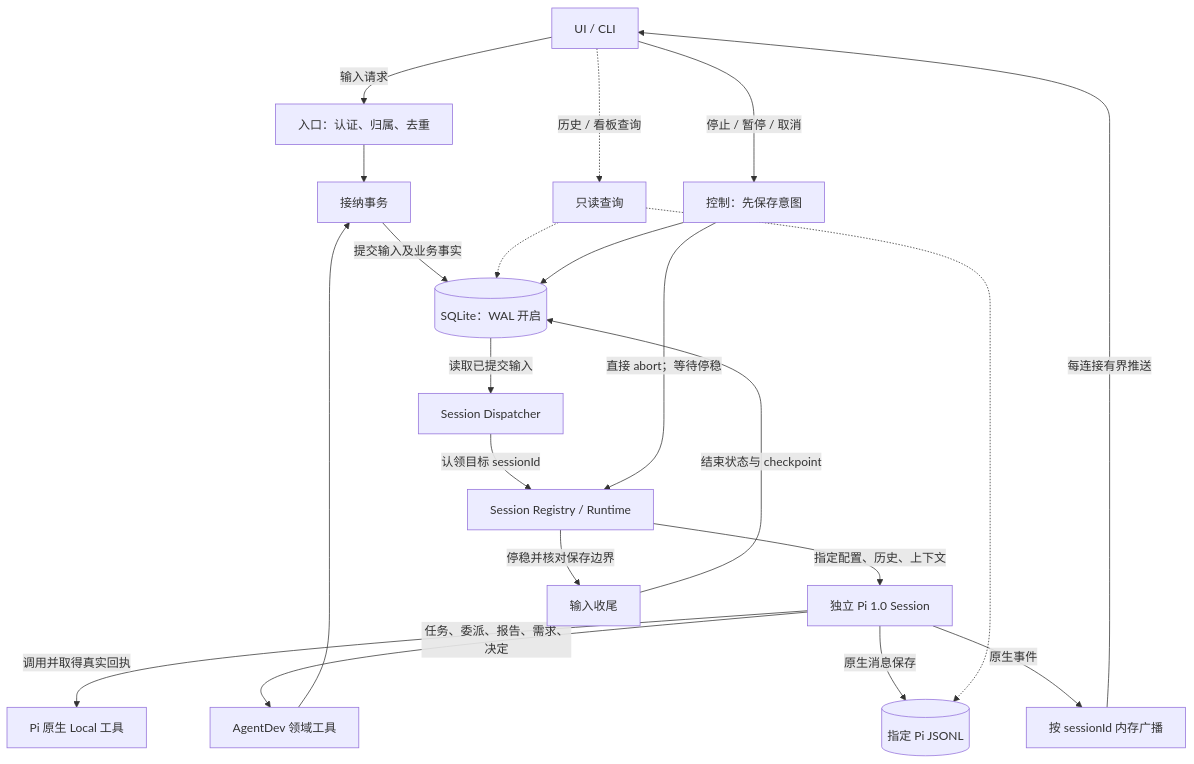
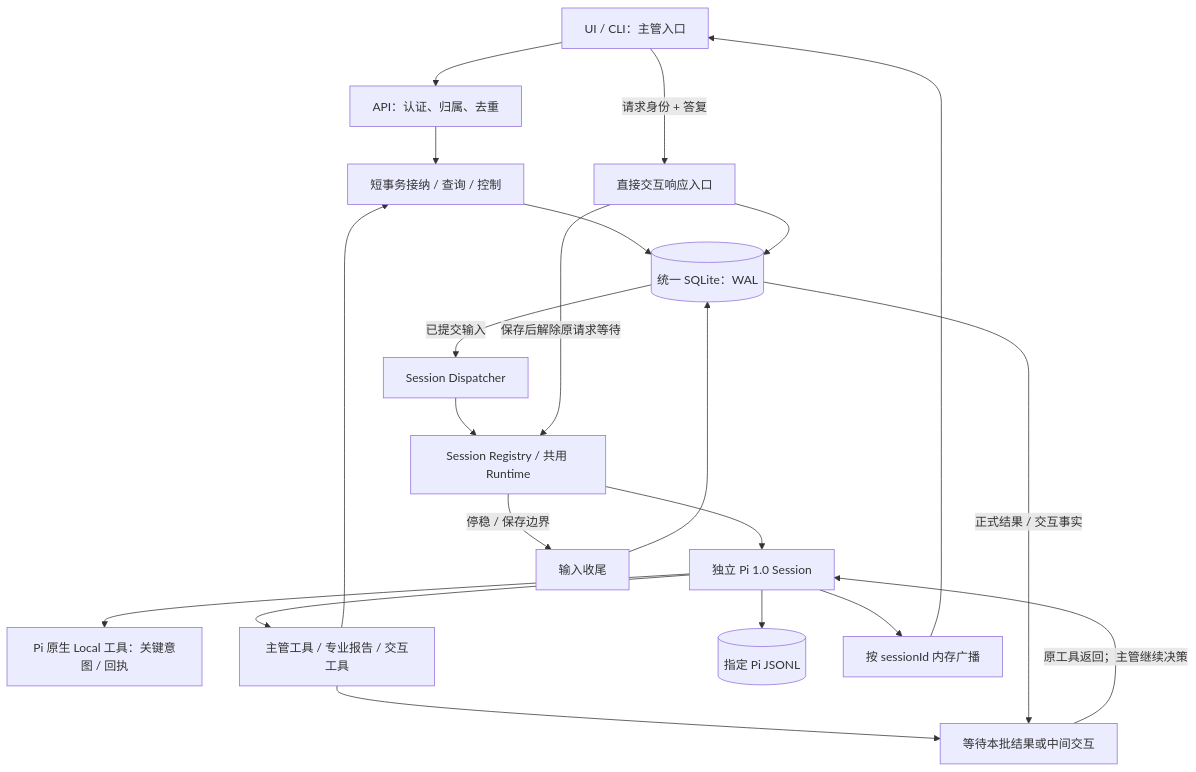
The first of 3 diagrams in docs/technicalnew/architecture.md (mojiaicrypto-ops/Kaiming), drawn with Mermaid before and after one commit. The commit also changed other lines of this file and 26 other files, not shown here.

````diff
--- a/docs/technicalnew/architecture.md
+++ b/docs/technicalnew/architecture.md
@@ -9,23 +9,23 @@
 ```mermaid
 flowchart TB
-  UI[UI / CLI] -->|输入请求| API[入口：认证、归属、去重]
-  API --> ADMIT[接纳事务]
-  ADMIT -->|提交输入及业务事实| DB[(SQLite：WAL 开启)]
-  DB -->|读取已提交输入| DISPATCH[Session Dispatcher]
-  DISPATCH -->|认领目标 sessionId| RUNTIME[Session Registry / Runtime]
-  RUNTIME -->|指定配置、历史、上下文| PI[独立 Pi 1.0 Session]
-  PI -->|调用并取得真实回执| LOCAL[Pi 原生 Local 工具]
-  PI -->|任务、委派、报告、需求、决定| TOOLS[AgentDev 领域工具]
-  TOOLS --> ADMIT
-  PI -->|原生消息保存| HISTORY[(指定 Pi JSONL)]
-  PI -->|原生事件| HUB[按 sessionId 内存广播]
-  HUB -->|每连接有界推送| UI
-  RUNTIME -->|停稳并核对保存边界| FINISH[输入收尾]
-  FINISH -->|结束状态与 checkpoint| DB
-  UI -.->|历史 / 看板查询| READ[只读查询]
-  READ -.-> DB
-  READ -.-> HISTORY
-  UI -->|停止 / 暂停 / 取消| CONTROL[控制：先保存意图]
-  CONTROL --> DB
-  CONTROL -->|直接 abort；等待停稳| RUNTIME
+  UI[UI / CLI：主管入口] --> API[API：认证、归属、去重]
+  API --> STORE[短事务接纳 / 查询 / 控制]
+  STORE --> DB[(统一 SQLite：WAL)]
+  DB -->|已提交输入| DISPATCH[Session Dispatcher]
+  DISPATCH --> RUNTIME[Session Registry / 共用 Runtime]
+  RUNTIME --> PI[独立 Pi 1.0 Session]
+  PI --> LOCAL[Pi 原生 Local 工具：关键意图 / 回执]
+  PI --> TOOLS[主管工具 / 专业报告 / 交互工具]
+  TOOLS --> STORE
+  TOOLS --> WAIT[等待本批结果或中间交互]
+  DB -->|正式结果 / 交互事实| WAIT
+  WAIT -->|原工具返回；主管继续决策| PI
+  PI --> HISTORY[(指定 Pi JSONL)]
+  PI --> HUB[按 sessionId 内存广播]
+  HUB --> UI
+  UI -->|请求身份 + 答复| RESPONSE[直接交互响应入口]
+  RESPONSE --> DB
+  RESPONSE -->|保存后解除原请求等待| RUNTIME
+  RUNTIME -->|停稳 / 保存边界| FINISH[输入收尾]
+  FINISH --> DB
 ```
````
